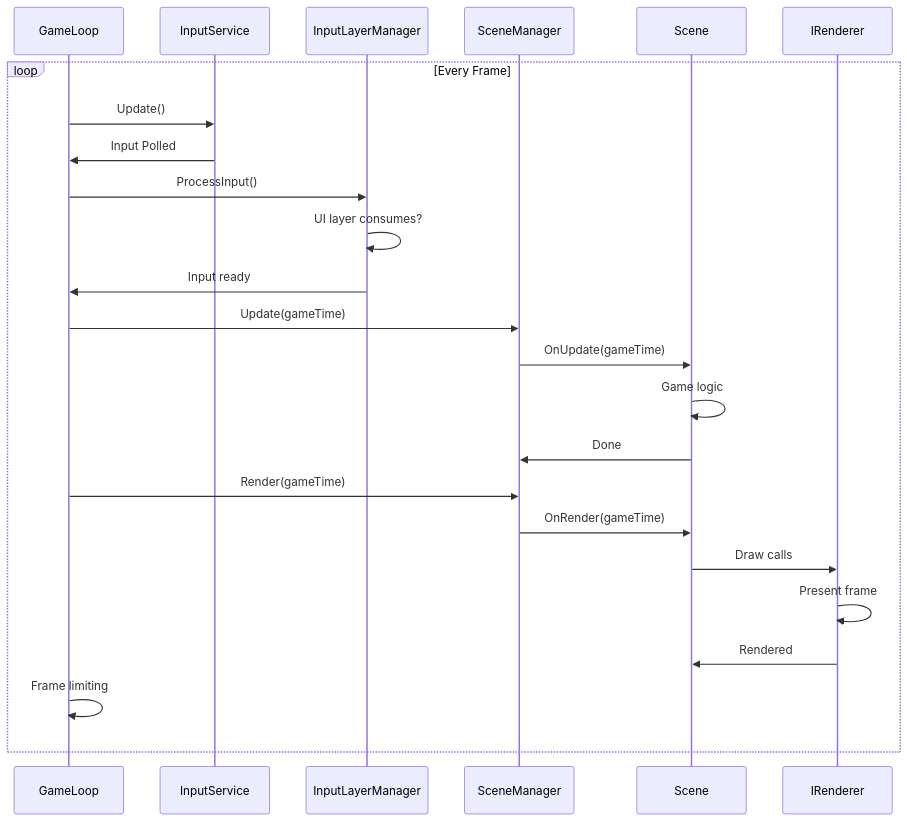
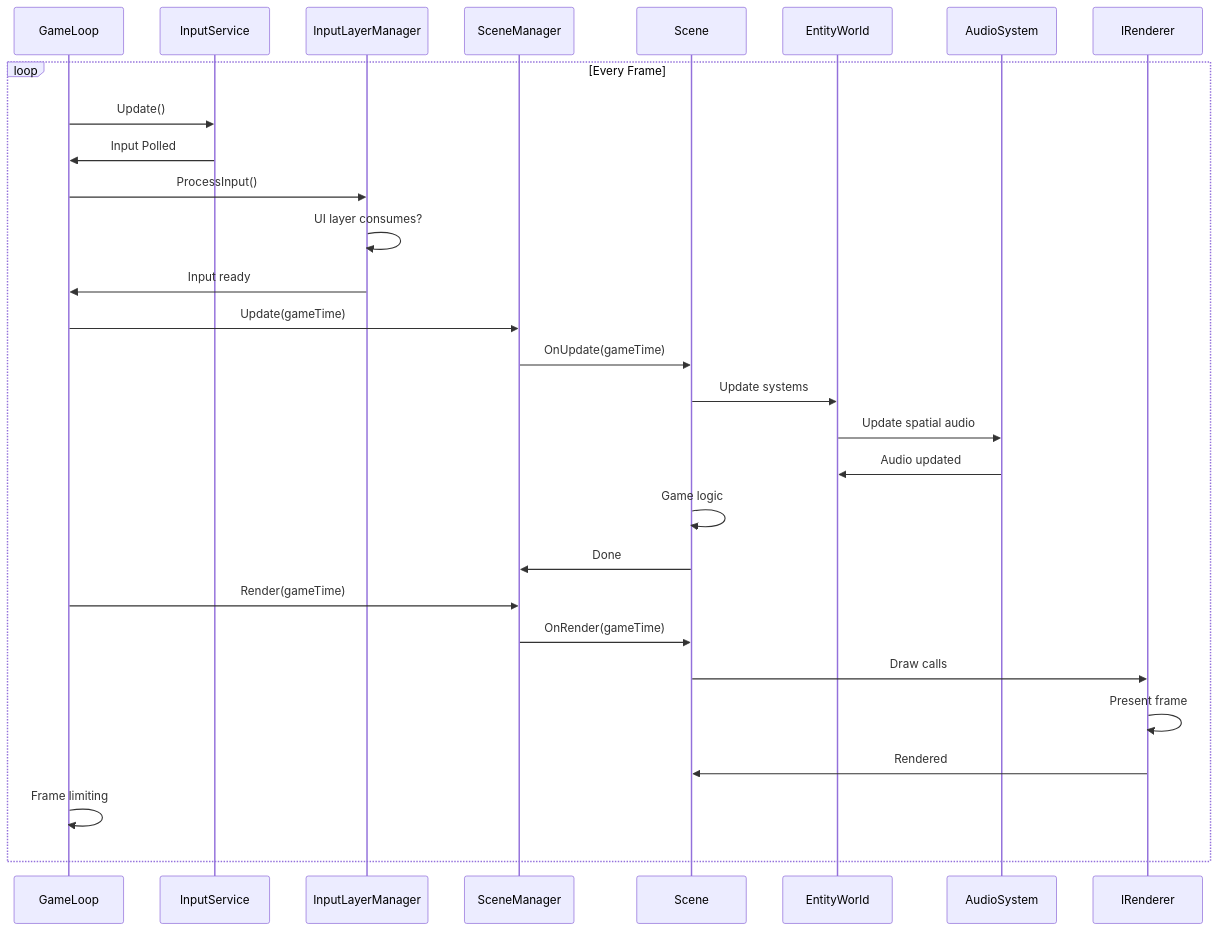
Before and after one commit to CrazyPickleStudios/Brine2D-Documentation: the fourth of 4 diagrams in docs/concepts/architecture.md, drawn with Mermaid. The commit also changed other lines of this file and 11 other files, not shown here.

````diff
--- a/docs/concepts/architecture.md
+++ b/docs/concepts/architecture.md
@@ -438,31 +559,36 @@
 ```mermaid
 sequenceDiagram
     participant GL as GameLoop
     participant IN as InputService
     participant ILM as InputLayerManager
     participant SM as SceneManager
     participant SC as Scene
+    participant ECS as EntityWorld
+    participant AS as AudioSystem
     participant R as IRenderer
     
     loop Every Frame
         GL->>IN: Update()
         IN->>GL: Input Polled
         
         GL->>ILM: ProcessInput()
         ILM->>ILM: UI layer consumes?
         ILM->>GL: Input ready
         
         GL->>SM: Update(gameTime)
         SM->>SC: OnUpdate(gameTime)
+        SC->>ECS: Update systems
+        ECS->>AS: Update spatial audio
+        AS->>ECS: Audio updated
         SC->>SC: Game logic
         SC->>SM: Done
         
         GL->>SM: Render(gameTime)
         SM->>SC: OnRender(gameTime)
         SC->>R: Draw calls
         R->>R: Present frame
         R->>SC: Rendered
         
         GL->>GL: Frame limiting
     end
 ```
````
